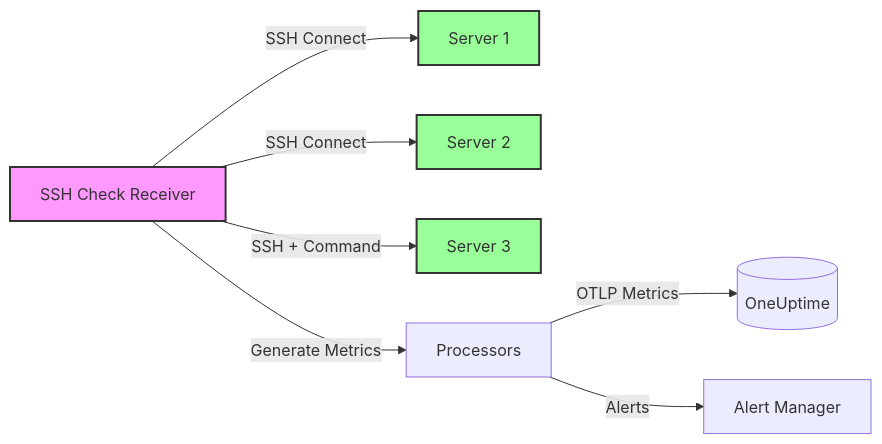
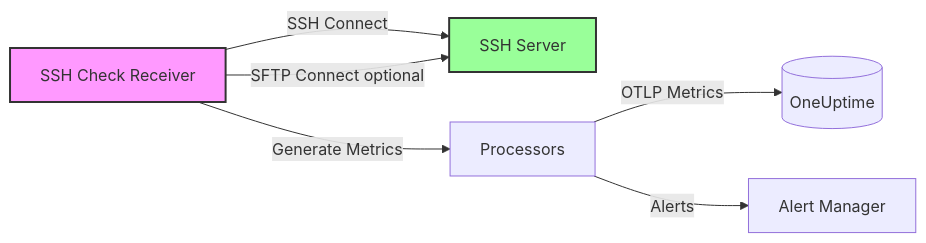
One commit to OneUptime/blog changed the diagram in posts/2026-02-06-ssh-check-receiver-opentelemetry-collector/README.md. Above: the diagram before and after it, drawn with Mermaid. The commit also changed other lines of this file and 1 other file, not shown here.

Commit message:
Update SSH Check receiver documentation: clarify SFTP connectivity checks, enhance configuration examples, and improve overall readability.

````diff
--- a/posts/2026-02-06-ssh-check-receiver-opentelemetry-collector/README.md
+++ b/posts/2026-02-06-ssh-check-receiver-opentelemetry-collector/README.md
@@ -43,15 +45,12 @@
 ```mermaid
 graph LR
-    A[SSH Check Receiver] -->|SSH Connect| B[Server 1]
-    A -->|SSH Connect| C[Server 2]
-    A -->|SSH + Command| D[Server 3]
+    A[SSH Check Receiver] -->|SSH Connect| B[SSH Server]
+    A -->|SFTP Connect optional| B
 
     A -->|Generate Metrics| E[Processors]
     E -->|OTLP Metrics| F[(OneUptime)]
     E -->|Alerts| G[Alert Manager]
 
     style A fill:#f9f,stroke:#333,stroke-width:2px
     style B fill:#9f9,stroke:#333,stroke-width:2px
-    style C fill:#9f9,stroke:#333,stroke-width:2px
-    style D fill:#9f9,stroke:#333,stroke-width:2px
 ```
````
